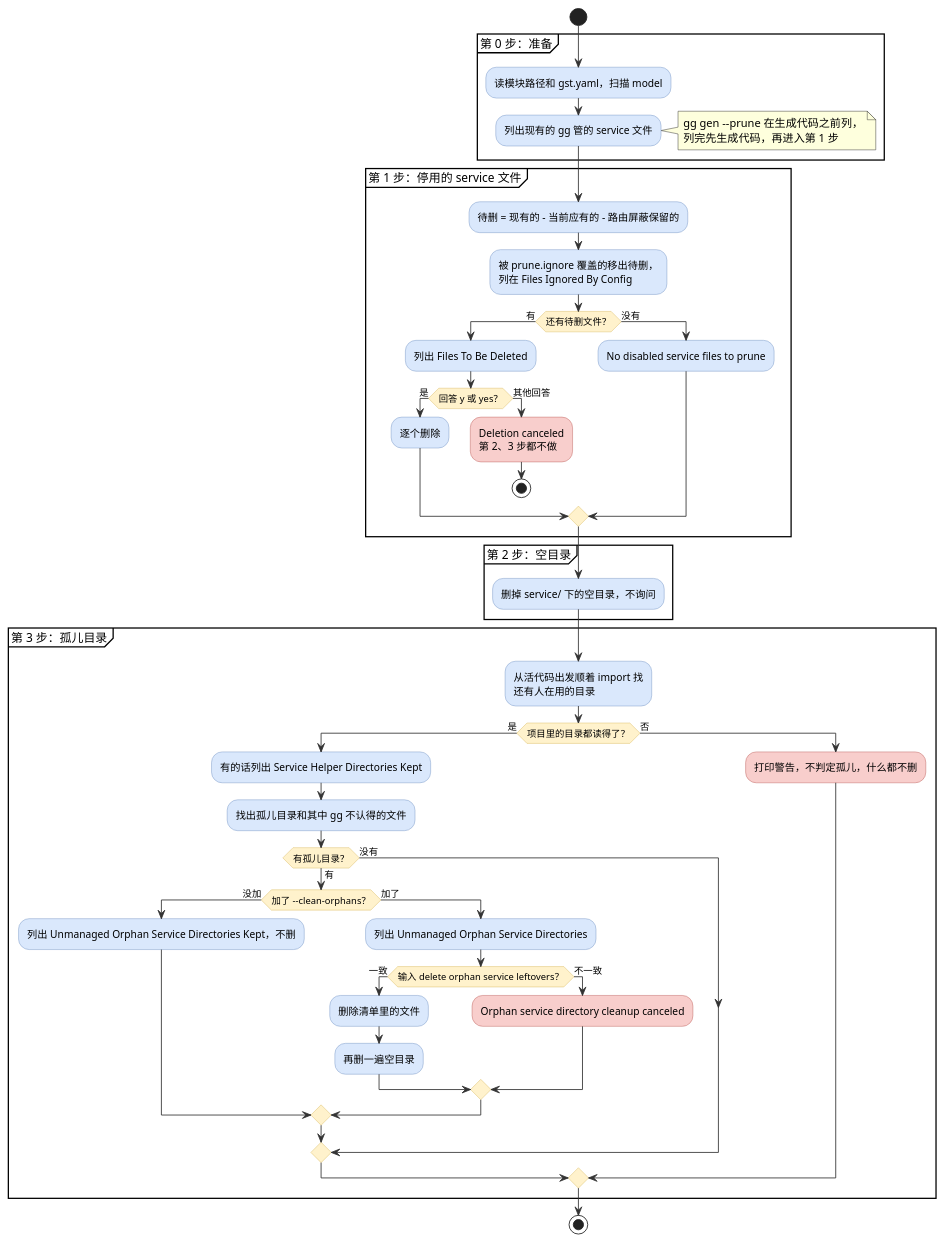
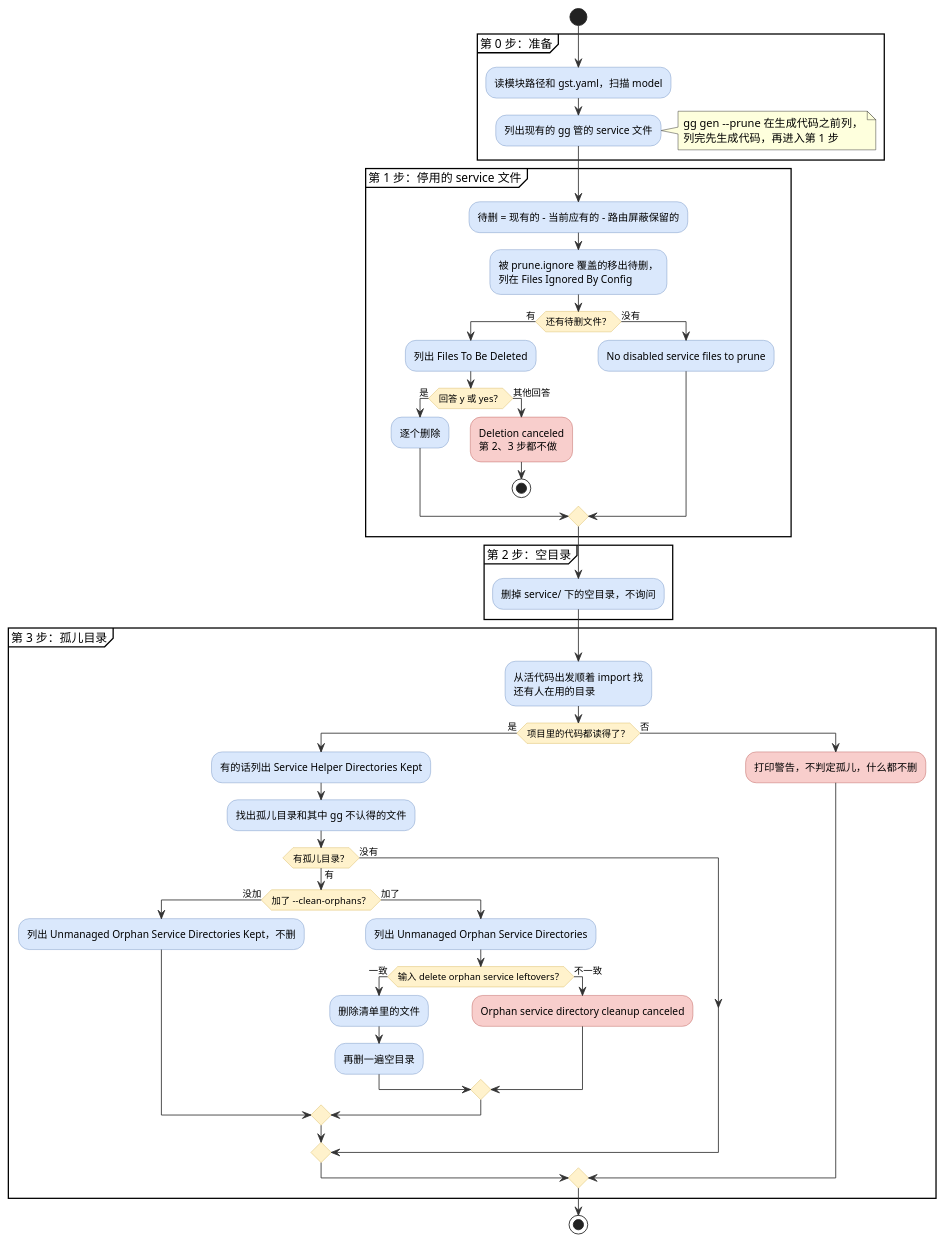
Before and after one commit to hydroan/gst: the first of 2 diagrams in cmd/gg/PRUNE.md, drawn with PlantUML. The commit also changed other lines of this file and 1 other file, not shown here.

````diff
--- a/cmd/gg/PRUNE.md
+++ b/cmd/gg/PRUNE.md
@@ -13,68 +13,68 @@
 ```plantuml
 @startuml
 skinparam activity {
   BackgroundColor #dae8fc
   BorderColor #6c8ebf
   ArrowColor #333333
   DiamondBackgroundColor #fff2cc
   DiamondBorderColor #d6b656
   BackgroundColor<<cancel>> #f8cecc
   BorderColor<<cancel>> #b85450
 }
 
 start
 partition "第 0 步：准备" {
   :读模块路径和 gst.yaml，扫描 model;
   :列出现有的 gg 管的 service 文件;
   note right
     gg gen --prune 在生成代码之前列，
     列完先生成代码，再进入第 1 步
   end note
 }
 partition "第 1 步：停用的 service 文件" {
   :待删 = 现有的 - 当前应有的 - 路由屏蔽保留的;
   :被 prune.ignore 覆盖的移出待删，
   列在 Files Ignored By Config;
   if (还有待删文件？) then (有)
     :列出 Files To Be Deleted;
     if (回答 y 或 yes？) then (是)
       :逐个删除;
     else (其他回答)
       :Deletion canceled
       第 2、3 步都不做; <<cancel>>
       stop
     endif
   else (没有)
     :No disabled service files to prune;
   endif
 }
 partition "第 2 步：空目录" {
   :删掉 service/ 下的空目录，不询问;
 }
 partition "第 3 步：孤儿目录" {
   :从活代码出发顺着 import 找
   还有人在用的目录;
-  if (项目里的目录都读得了？) then (是)
+  if (项目里的代码都读得了？) then (是)
     :有的话列出 Service Helper Directories Kept;
     :找出孤儿目录和其中 gg 不认得的文件;
     if (有孤儿目录？) then (有)
       if (加了 --clean-orphans？) then (没加)
         :列出 Unmanaged Orphan Service Directories Kept，不删;
       else (加了)
         :列出 Unmanaged Orphan Service Directories;
         if (输入 delete orphan service leftovers？) then (一致)
           :删除清单里的文件;
           :再删一遍空目录;
         else (不一致)
           :Orphan service directory cleanup canceled; <<cancel>>
         endif
       endif
     else (没有)
     endif
   else (否)
     :打印警告，不判定孤儿，什么都不删; <<cancel>>
   endif
 }
 stop
 @enduml
 ```
````
